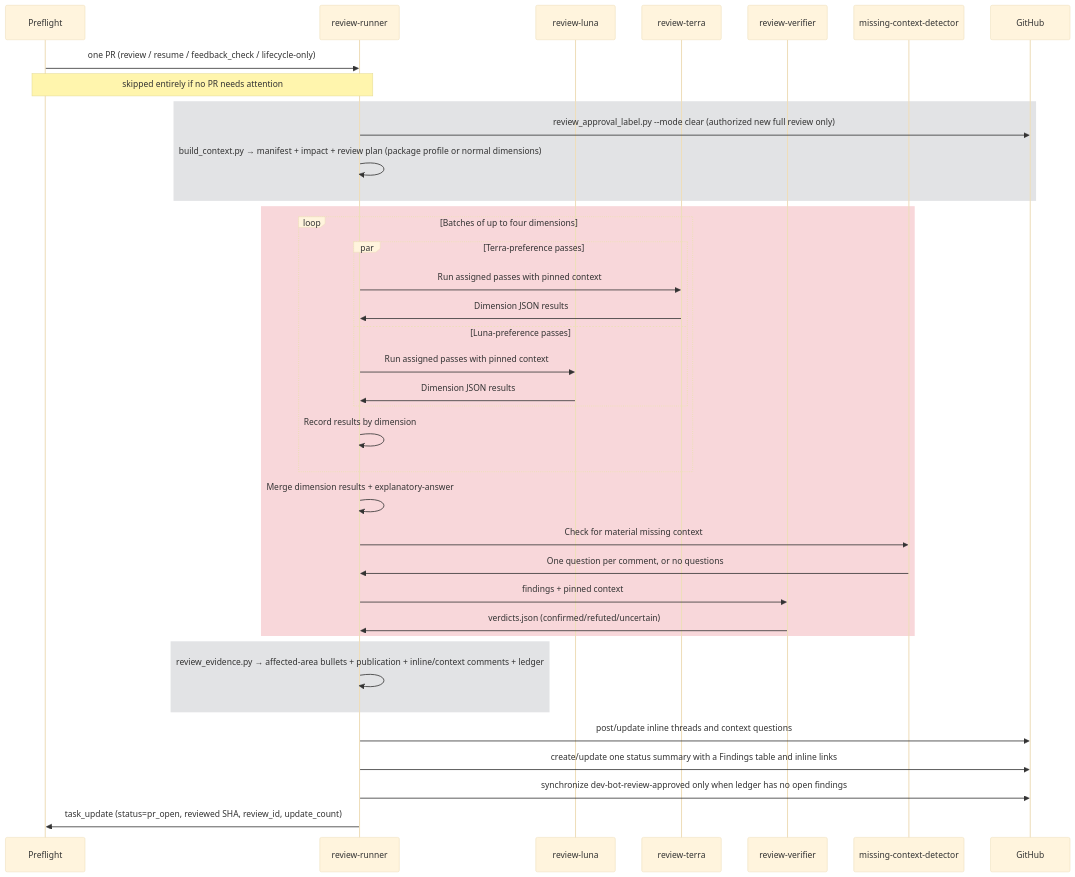
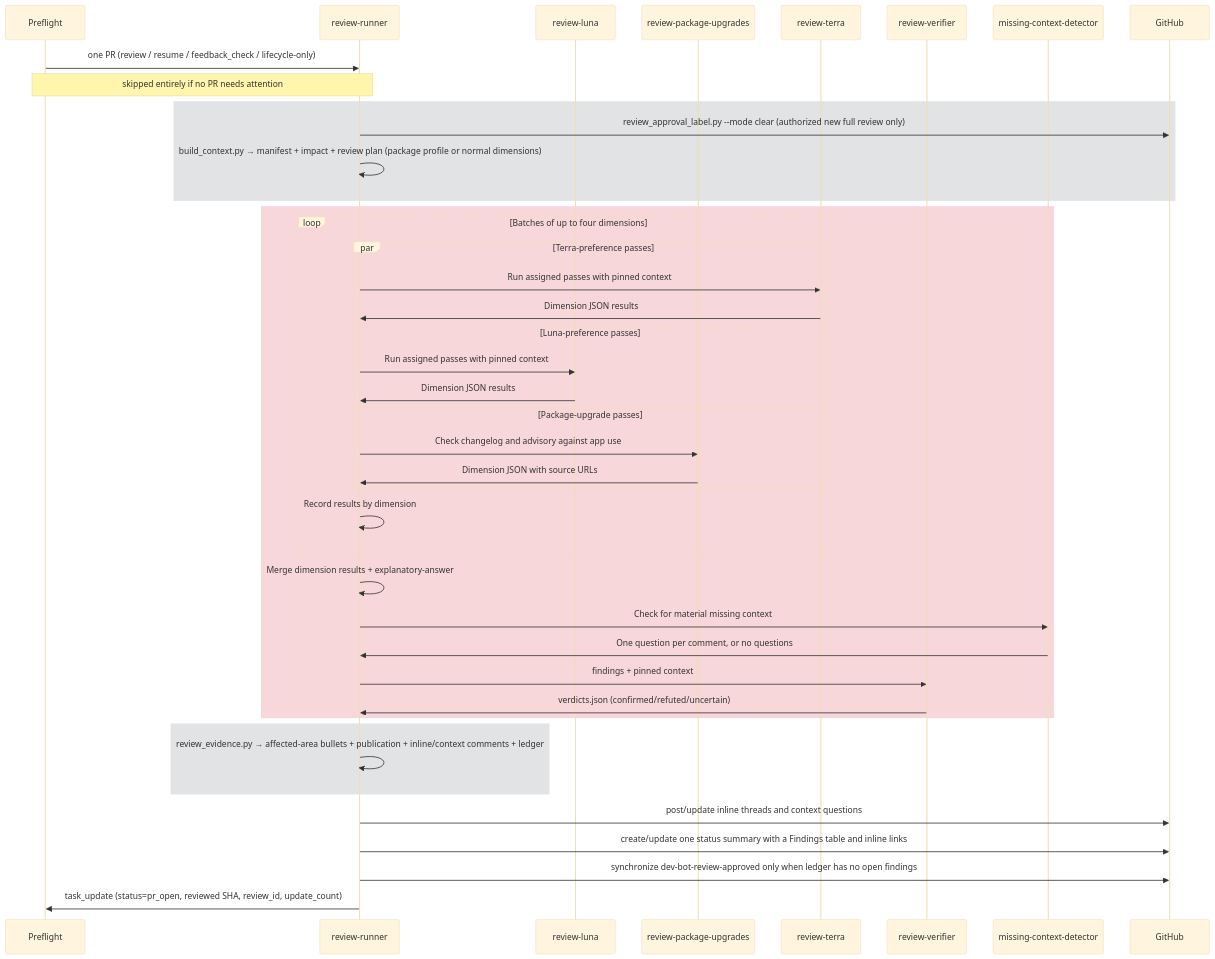
One commit to Hyperkid123/fabric-access-ai-dev changed the fourth of 4 diagrams in instance/rbac-config-review/agent/workflows/review-only/WORKFLOW.md. Above: the diagram before and after it, drawn with Mermaid (base theme). The commit also changed other lines of this file and 8 other files, not shown here.

Commit message:
feat(review): check upgrade release notes

````diff
--- a/instance/rbac-config-review/agent/workflows/review-only/WORKFLOW.md
+++ b/instance/rbac-config-review/agent/workflows/review-only/WORKFLOW.md
@@ -368,41 +372,45 @@
 ```mermaid
 sequenceDiagram
     participant Q as Preflight
     participant R as review-runner
     participant L as review-luna
+    participant U as review-package-upgrades
     participant T as review-terra
     participant V as review-verifier
     participant M as missing-context-detector
     participant GH as GitHub
 
     Q->>R: one PR (review / resume / feedback_check / lifecycle-only)
     Note over Q,R: skipped entirely if no PR needs attention
     rect rgb(226, 227, 229)
         R->>GH: review_approval_label.py --mode clear (authorized new full review only)
         R->>R: build_context.py → manifest + impact + review plan (package profile or normal dimensions)
     end
     rect rgb(248, 215, 218)
         loop Batches of up to four dimensions
             par Terra-preference passes
                 R->>T: Run assigned passes with pinned context
                 T->>R: Dimension JSON results
             and Luna-preference passes
                 R->>L: Run assigned passes with pinned context
                 L->>R: Dimension JSON results
+            and Package-upgrade passes
+                R->>U: Check changelog and advisory against app use
+                U->>R: Dimension JSON with source URLs
             end
             R->>R: Record results by dimension
         end
         R->>R: Merge dimension results + explanatory-answer
         R->>M: Check for material missing context
         M->>R: One question per comment, or no questions
         R->>V: findings + pinned context
         V->>R: verdicts.json (confirmed/refuted/uncertain)
     end
     rect rgb(226, 227, 229)
         R->>R: review_evidence.py → affected-area bullets + publication + inline/context comments + ledger
     end
     R->>GH: post/update inline threads and context questions
     R->>GH: create/update one status summary with a Findings table and inline links
     R->>GH: synchronize dev-bot-review-approved only when ledger has no open findings
     R->>Q: task_update (status=pr_open, reviewed SHA, review_id, update_count)
 ```
````
